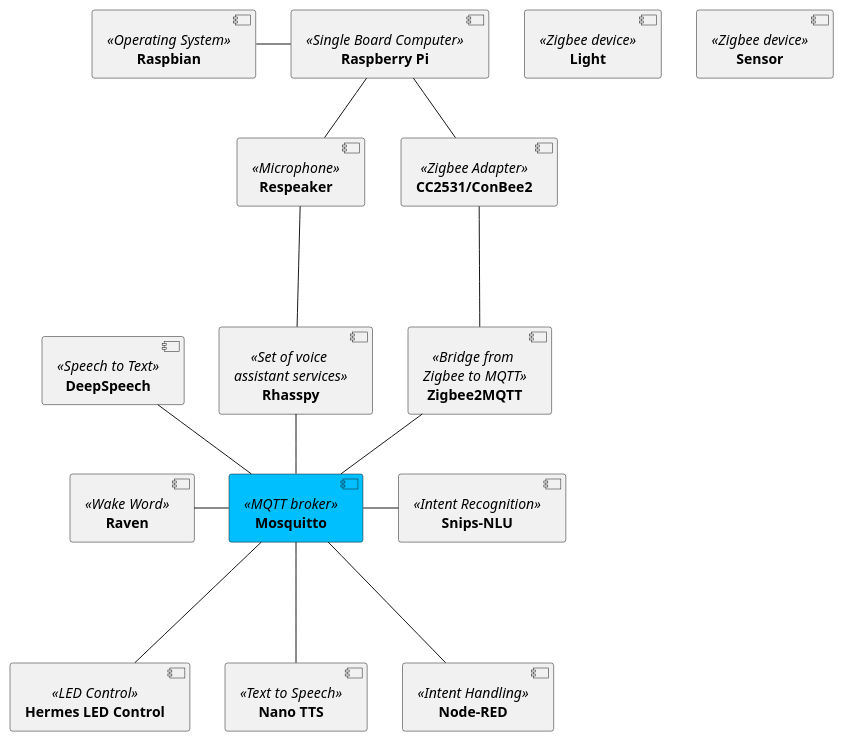
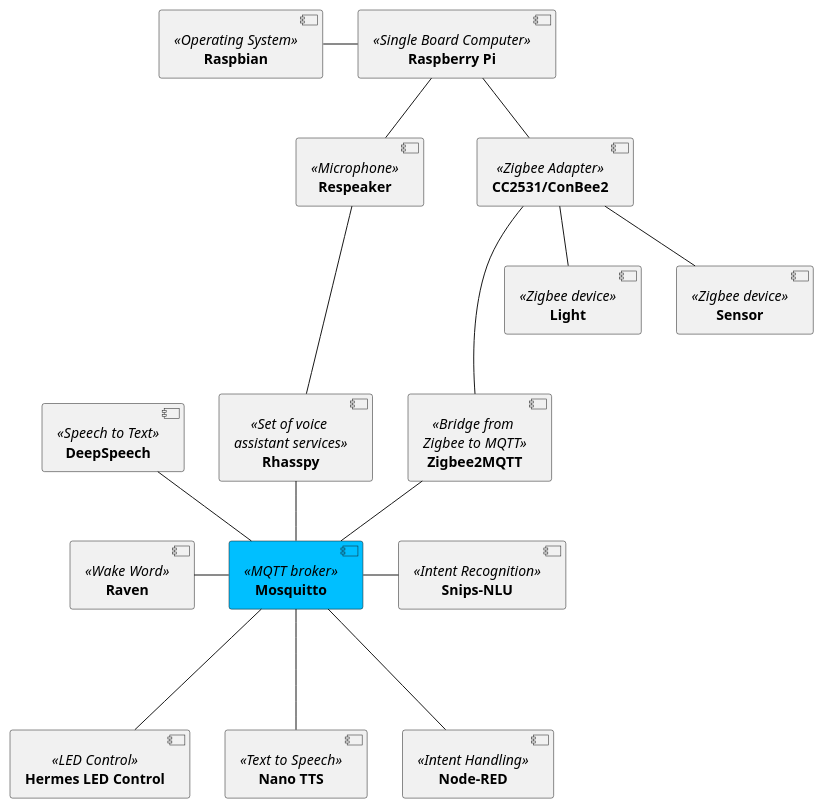
One commit to th-koeln-intia/ip-sprachassistent-team4 changed the diagram in docs/assets/diagrams/software_hardware_overview.puml. Above: the diagram before and after it, drawn with PlantUML.

```diff
--- a/docs/assets/diagrams/software_hardware_overview.puml
+++ b/docs/assets/diagrams/software_hardware_overview.puml
@@ -1,39 +1,37 @@
 @startuml
-
 [**DeepSpeech**] as deepspeech <<Speech to Text>>
 [**Hermes LED Control**] as hlc <<LED Control>>
 [**Mosquitto**] as mosquitto <<MQTT broker>> #DeepSkyBlue
 [**Nano TTS**] as nanotts <<Text to Speech>>
 [**Node-RED**] as nodered <<Intent Handling>>
 [**Raspberry Pi**] as raspberrypi <<Single Board Computer>>
 [**Raspbian**] as raspbian <<Operating System>>
 [**Raven**] as raven <<Wake Word>>
 [**Respeaker**] as respeaker <<Microphone>>
 [**Rhasspy**] as rhasspy <<Set of voice \nassistant services>>
 [**Snips-NLU**] as snipsnlu <<Intent Recognition>>
 [**Zigbee2MQTT**] as zigbee2mqtt <<Bridge from \nZigbee to MQTT>>
 [**CC2531/ConBee2**] as zigbeeadapter <<Zigbee Adapter>>
 [**Light**] as light <<Zigbee device >>
 [**Sensor**] as sensor <<Zigbee device >>
 
 zigbeeadapter --- zigbee2mqtt
+zigbeeadapter -- light
+zigbeeadapter -- sensor
 zigbee2mqtt -- mosquitto
 mosquitto --- nodered
 mosquitto --- nanotts
 
 mosquitto --- hlc
 raven - mosquitto
 mosquitto - snipsnlu
 
 rhasspy -- mosquitto
 deepspeech -- mosquitto
 
 respeaker --- rhasspy
 
 raspbian - raspberrypi
 raspberrypi -- respeaker
 raspberrypi -- zigbeeadapter
-
-
-
 @enduml
```
